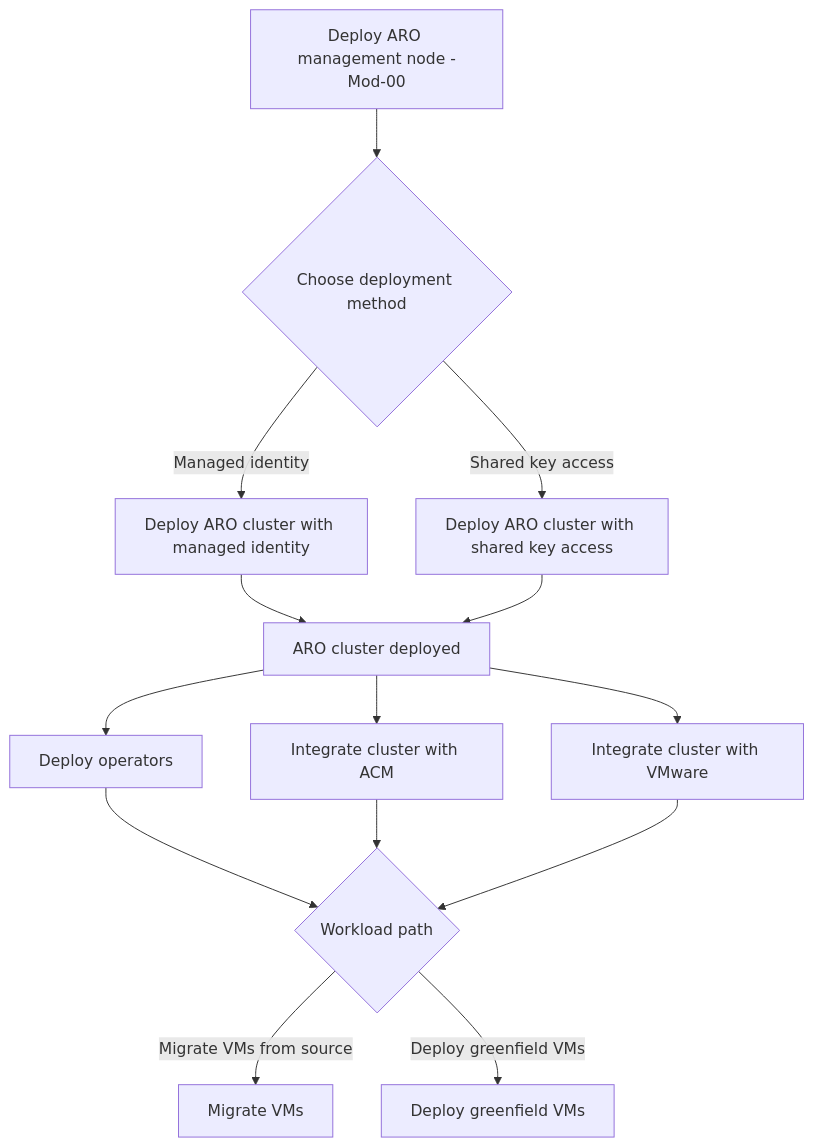
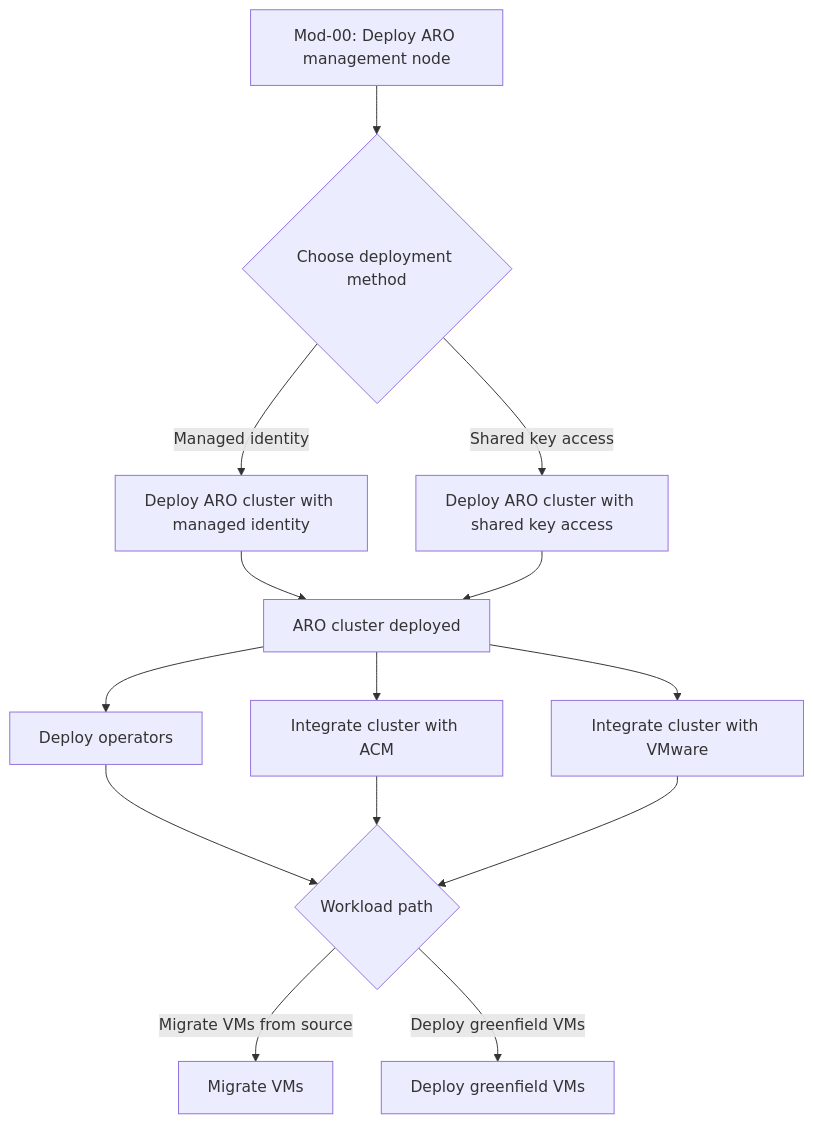
Before and after one commit to heisthesisko/Azure_RedHat_OpenShift_Virtualization: the diagram in README.md, drawn with Mermaid.

Commit message:
fix: correct label formatting in ARO management node deployment workflow

````diff
--- a/README.md
+++ b/README.md
@@ -12,23 +12,23 @@
 ```mermaid
 flowchart
- A[Deploy ARO management node -Mod-00] --> B{Choose deployment method}
+ A[Mod-00: Deploy ARO management node] --> B{Choose deployment method}
 
   B -->|Managed identity| C[Deploy ARO cluster with managed identity]
   B -->|Shared key access| D[Deploy ARO cluster with shared key access]
 
   C --> E[ARO cluster deployed]
   D --> E
 
   %% Post-deploy actions (can be done in parallel)
   E --> F[Deploy operators]
   E --> G[Integrate cluster with ACM]
   E --> H[Integrate cluster with VMware]
 
   %% Workload path after post-deploy setup
   F --> I{Workload path}
   G --> I
   H --> I
 
   I -->|Migrate VMs from source| J[Migrate VMs]
   I -->|Deploy greenfield VMs| K[Deploy greenfield VMs]
 ```
````
